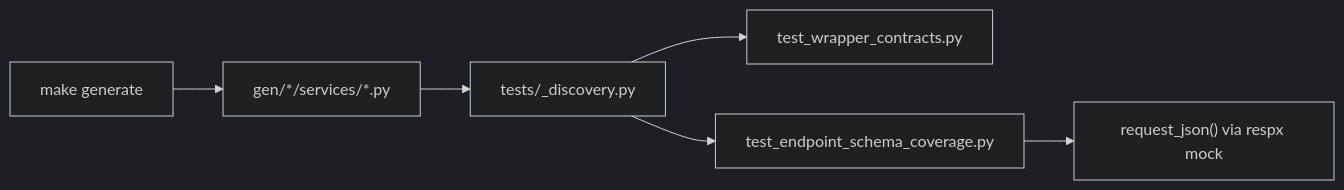
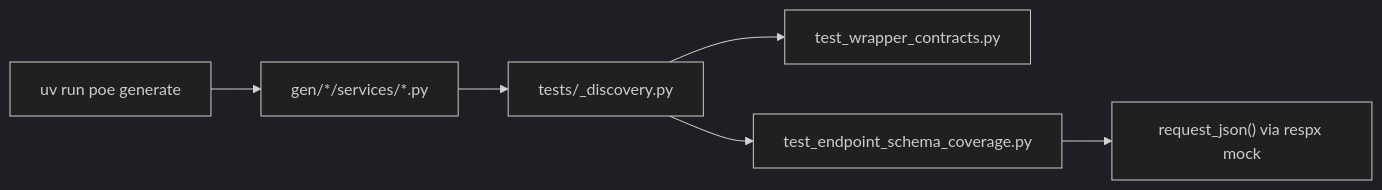
The diagram in tests/generated/README.md (alexdearaujo/community_sdk_python), drawn with Mermaid (dark theme) before and after one commit. The commit also changed other lines of this file and 162 other files, not shown here.

Commit message:
docs: name poe tasks instead of make targets everywhere, and amend the constitution to 1.4.4

````diff
--- a/tests/generated/README.md
+++ b/tests/generated/README.md
@@ -27,9 +27,9 @@
 ```mermaid
 flowchart LR
-    GEN["make generate"] --> SVC["gen/*/services/*.py"]
+    GEN["uv run poe generate"] --> SVC["gen/*/services/*.py"]
     SVC --> DISC["tests/_discovery.py"]
     DISC --> WC["test_wrapper_contracts.py"]
     DISC --> SC["test_endpoint_schema_coverage.py"]
     SC --> RJ["request_json() via respx mock"]
 
 ```
````
